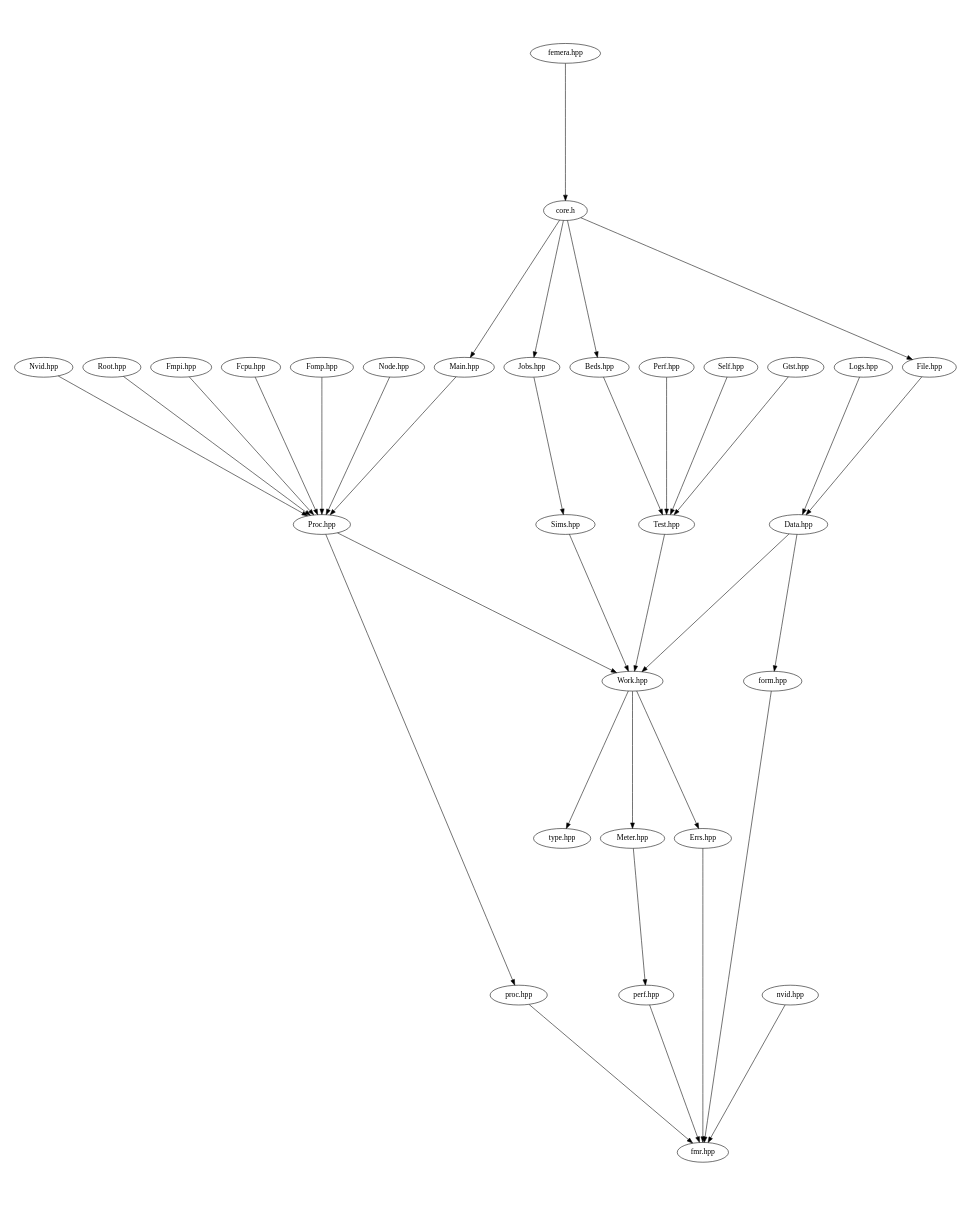
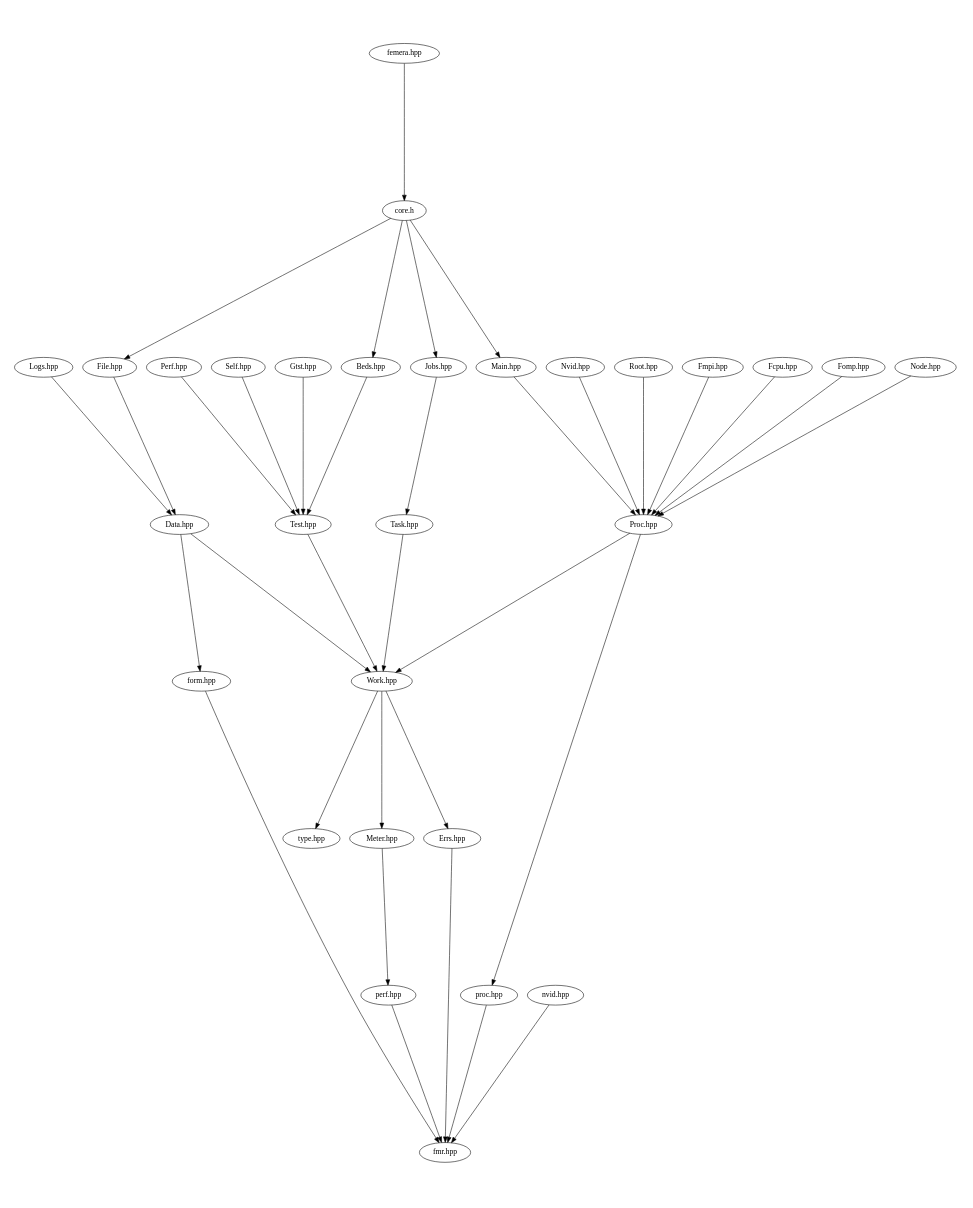
One commit to waggyz/femera-mini-app changed the diagram in src/docs/src-headers.dot. Above: the diagram before and after it, drawn with Graphviz. The commit also changed 21 other files, not shown here.

```diff
--- a/src/docs/src-headers.dot
+++ b/src/docs/src-headers.dot
@@ -1,42 +1,42 @@
 digraph "source tree" {
     overlap=scale;
     size="8,10";
     ratio="fill";
     fontsize="16";
     fontname="Helvetica";
 	clusterrank="local";
 	"Meter.hpp" -> "perf.hpp"
-	"Sims.hpp" -> "Work.hpp"
 	"Work.hpp" -> "Errs.hpp"
 	"Proc.hpp" -> "proc.hpp"
 	"proc.hpp" -> "fmr.hpp"
 	"Nvid.hpp" -> "Proc.hpp"
 	"Root.hpp" -> "Proc.hpp"
 	"Perf.hpp" -> "Test.hpp"
 	"core.h" -> "Main.hpp"
 	"nvid.hpp" -> "fmr.hpp"
 	"perf.hpp" -> "fmr.hpp"
 	"Fmpi.hpp" -> "Proc.hpp"
 	"Test.hpp" -> "Work.hpp"
 	"Work.hpp" -> "type.hpp"
 	"Fcpu.hpp" -> "Proc.hpp"
 	"Fomp.hpp" -> "Proc.hpp"
 	"core.h" -> "File.hpp"
 	"Logs.hpp" -> "Data.hpp"
 	"Self.hpp" -> "Test.hpp"
 	"core.h" -> "Beds.hpp"
 	"Errs.hpp" -> "fmr.hpp"
 	"core.h" -> "Jobs.hpp"
+	"Task.hpp" -> "Work.hpp"
 	"Node.hpp" -> "Proc.hpp"
-	"Jobs.hpp" -> "Sims.hpp"
 	"Data.hpp" -> "form.hpp"
 	"File.hpp" -> "Data.hpp"
 	"Beds.hpp" -> "Test.hpp"
 	"Proc.hpp" -> "Work.hpp"
 	"form.hpp" -> "fmr.hpp"
 	"Gtst.hpp" -> "Test.hpp"
 	"Data.hpp" -> "Work.hpp"
 	"femera.hpp" -> "core.h"
 	"Work.hpp" -> "Meter.hpp"
 	"Main.hpp" -> "Proc.hpp"
+	"Jobs.hpp" -> "Task.hpp"
 }
```
